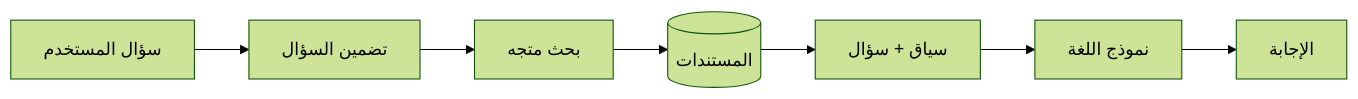
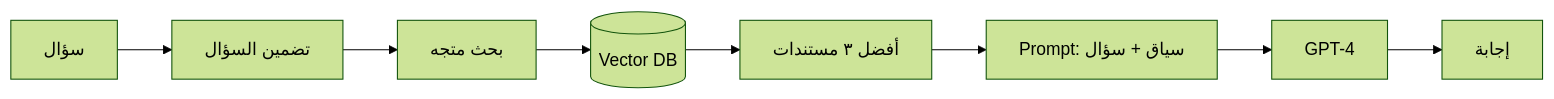
Before and after one commit to apexdataro-Fin/AEP: the diagram in docs/lessons/26-rag/01-rag-architecture.md, drawn with Mermaid (forest theme). The commit also changed other lines of this file and 21 other files, not shown here.

````diff
--- a/docs/lessons/26-rag/01-rag-architecture.md
+++ b/docs/lessons/26-rag/01-rag-architecture.md
@@ -19,9 +22,10 @@
 ```mermaid
 graph LR
-    Q[سؤال المستخدم] --> E[تضمين السؤال]
-    E --> V[بحث متجه]
-    V --> D[(المستندات)]
-    D --> P[سياق + سؤال]
-    P --> LLM[نموذج اللغة]
-    LLM --> R[الإجابة]
+    Q[سؤال] --> E[تضمين السؤال]
+    E --> VS[بحث متجه]
+    VS --> D[(Vector DB)]
+    D --> R[أفضل ٣ مستندات]
+    R --> P[Prompt: سياق + سؤال]
+    P --> LLM[GPT-4]
+    LLM --> A[إجابة]
 ```
````
